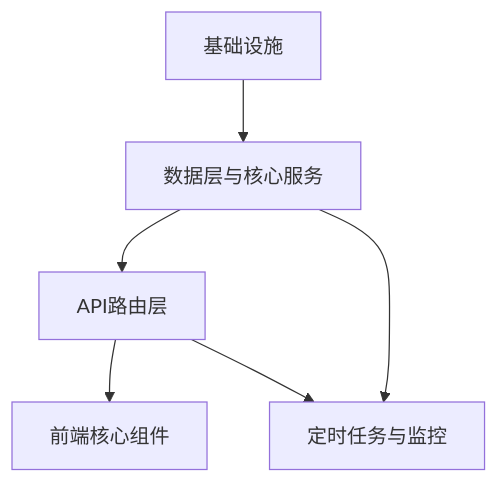
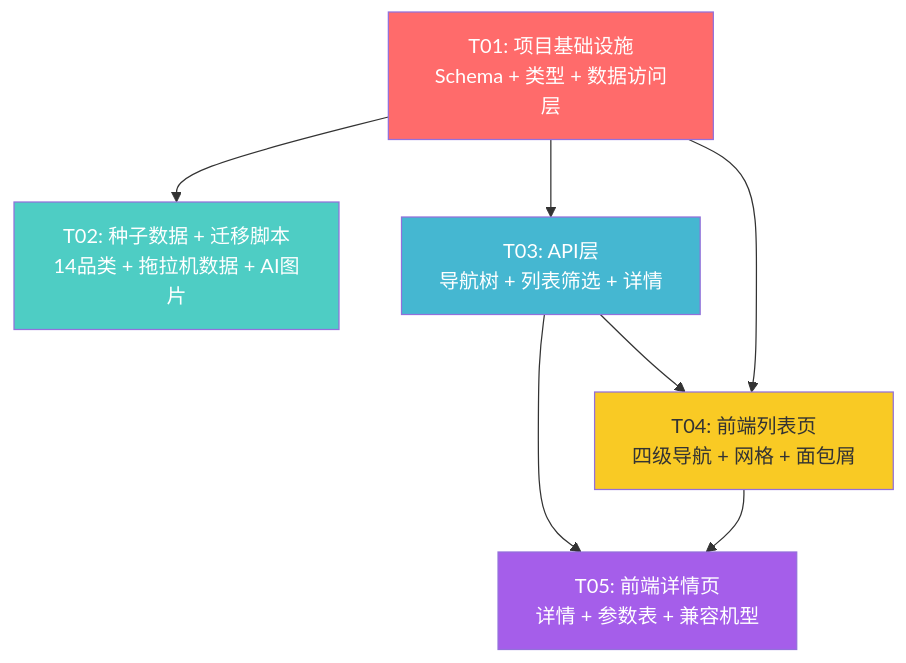
One commit to xwszlz/usedfarmmach changed the diagram in docs/system_design.md. Above: the diagram before and after it, drawn with Mermaid. The commit also changed other lines of this file and 25 other files, not shown here.

````diff
--- a/docs/system_design.md
+++ b/docs/system_design.md
@@ -528,8 +826,21 @@
 ```mermaid
 graph TD
-    T01[基础设施] --> T02[数据层与核心服务]
-    T02 --> T03[API路由层]
-    T03 --> T04[前端核心组件]
-    T02 --> T05[定时任务与监控]
+    T01[T01: 项目基础设施<br/>Schema + 类型 + 数据访问层]
+    T02[T02: 种子数据 + 迁移脚本<br/>14品类 + 拖拉机数据 + AI图片]
+    T03[T03: API层<br/>导航树 + 列表筛选 + 详情]
+    T04[T04: 前端列表页<br/>四级导航 + 网格 + 面包屑]
+    T05[T05: 前端详情页<br/>详情 + 参数表 + 兼容机型]
+
+    T01 --> T02
+    T01 --> T03
+    T03 --> T04
+    T01 --> T04
     T03 --> T05
+    T04 --> T05
+
+    style T01 fill:#ff6b6b,color:#fff
+    style T02 fill:#4ecdc4,color:#fff
+    style T03 fill:#45b7d1,color:#fff
+    style T04 fill:#f9ca24,color:#333
+    style T05 fill:#a55eea,color:#fff
 ```
````
